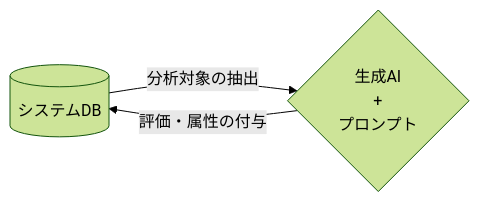
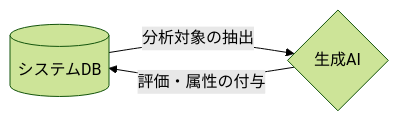
Before and after one commit to 1210yuichi0/slides: the first of 5 diagrams in bigquery-ai-generate/bigquery-ai-generate.md, drawn with Mermaid (forest theme).

Commit message:
fix: Mermaidノードラベルを単行に修正

```diff
--- a/bigquery-ai-generate/bigquery-ai-generate.md
+++ b/bigquery-ai-generate/bigquery-ai-generate.md
@@ -81,9 +81,7 @@
 <pre class="mermaid">
 flowchart LR
     DB[(システムDB)]
-    AI{生成AI
-    +
-    プロンプト}
+    AI{生成AI}
     DB -->|分析対象の抽出|AI
     AI -->|評価・属性の付与|DB
 </pre>
```
